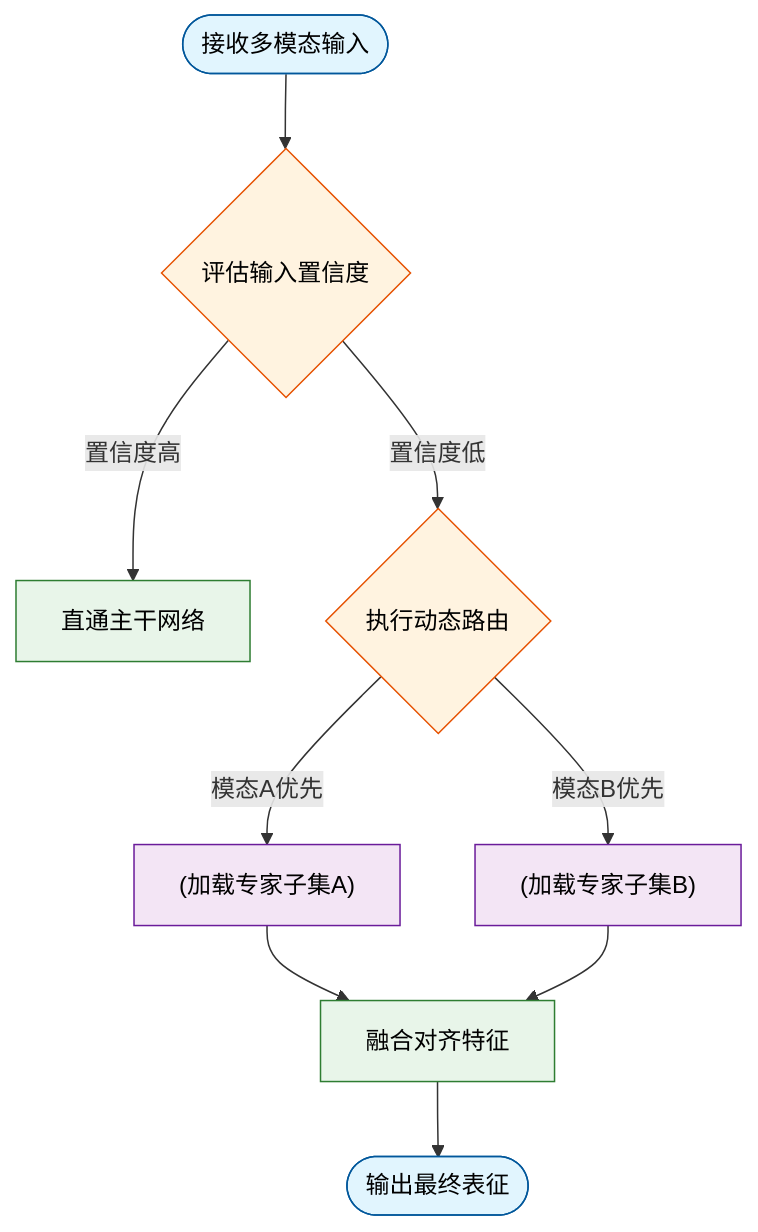
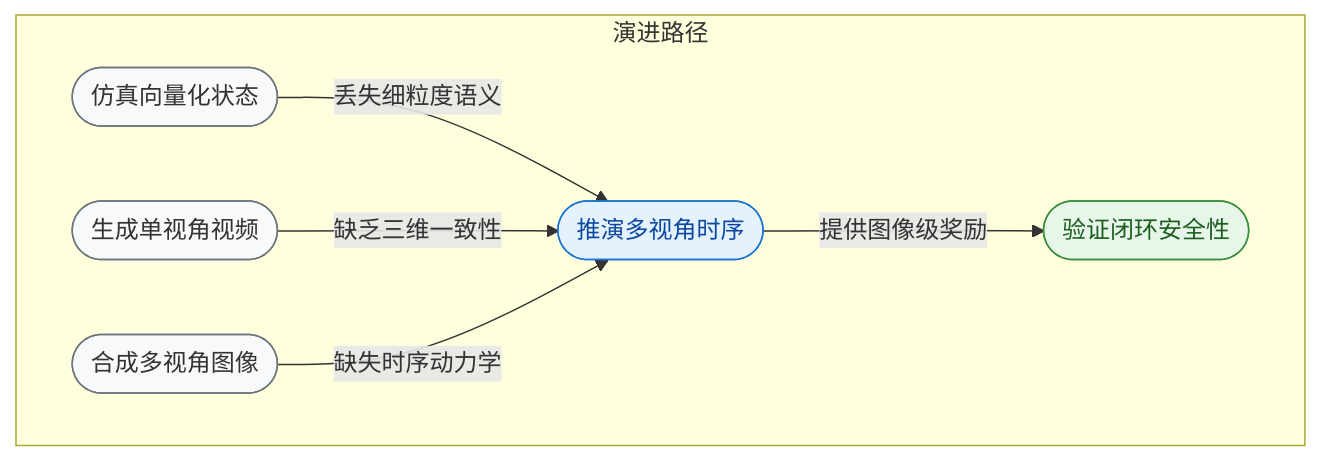
Before and after one commit to ShinewineW/paper-rolling: diagram 11 of 11 in person_vault/2026-06-08_DrivingIntoTheFuture_2311.17918/report.md, drawn with Mermaid. The commit also changed other lines of this file and 51 other files, not shown here.

````diff
--- a/person_vault/2026-06-08_DrivingIntoTheFuture_2311.17918/report.md
+++ b/person_vault/2026-06-08_DrivingIntoTheFuture_2311.17918/report.md
@@ -486,16 +666,19 @@
 ```mermaid
 flowchart TD
-    classDef startend fill:#e1f5fe,stroke:#01579b,color:#000;
-    classDef decision fill:#fff3e0,stroke:#e65100,color:#000;
-    classDef process fill:#e8f5e9,stroke:#2e7d32,color:#000;
-    classDef data fill:#f3e5f5,stroke:#6a1b9a,color:#000;
+    classDef legacy fill:#f8f9fa,stroke:#6c757d,color:#333;
+    classDef bridging fill:#e3f2fd,stroke:#1976d2,color:#0d47a1;
+    classDef future fill:#e8f5e9,stroke:#388e3c,color:#1b5e20;
 
-    input_signal(["接收多模态输入"]):::startend --> confidence_gate{评估输入置信度}:::decision
-    confidence_gate -->|置信度高| direct_path["直通主干网络"]:::process
-    confidence_gate -->|置信度低| route_select{执行动态路由}:::decision
-    route_select -->|模态A优先| expert_pool_a["(加载专家子集A)"]:::data
-    route_select -->|模态B优先| expert_pool_b["(加载专家子集B)"]:::data
-    expert_pool_a --> merge_fusion["融合对齐特征"]:::process
-    expert_pool_b --> merge_fusion
-    merge_fusion --> output_gen(["输出最终表征"]):::startend
+    subgraph 演进路径
+        vec_sim(["仿真向量化状态"]):::legacy
+        single_gen(["生成单视角视频"]):::legacy
+        mv_img(["合成多视角图像"]):::legacy
+        drive_wm(["推演多视角时序"]):::bridging
+        closed_loop(["验证闭环安全性"]):::future
+    end
+
+    vec_sim -->|丢失细粒度语义| drive_wm
+    single_gen -->|缺乏三维一致性| drive_wm
+    mv_img -->|缺失时序动力学| drive_wm
+    drive_wm -->|提供图像级奖励| closed_loop
 ```
````
